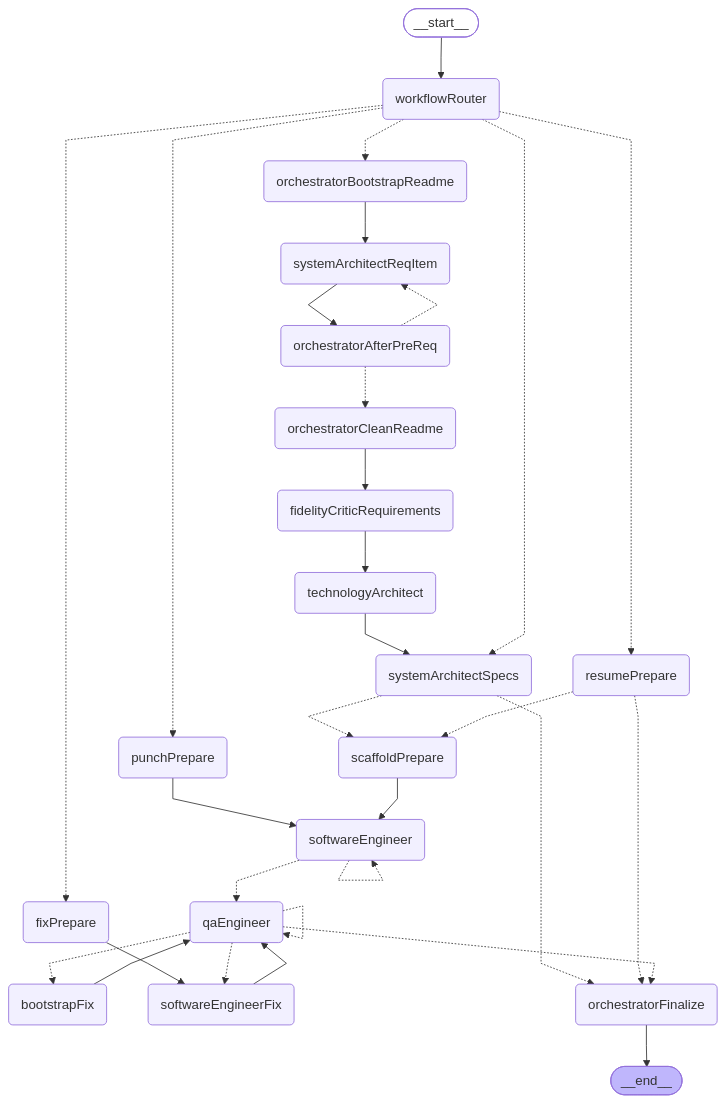
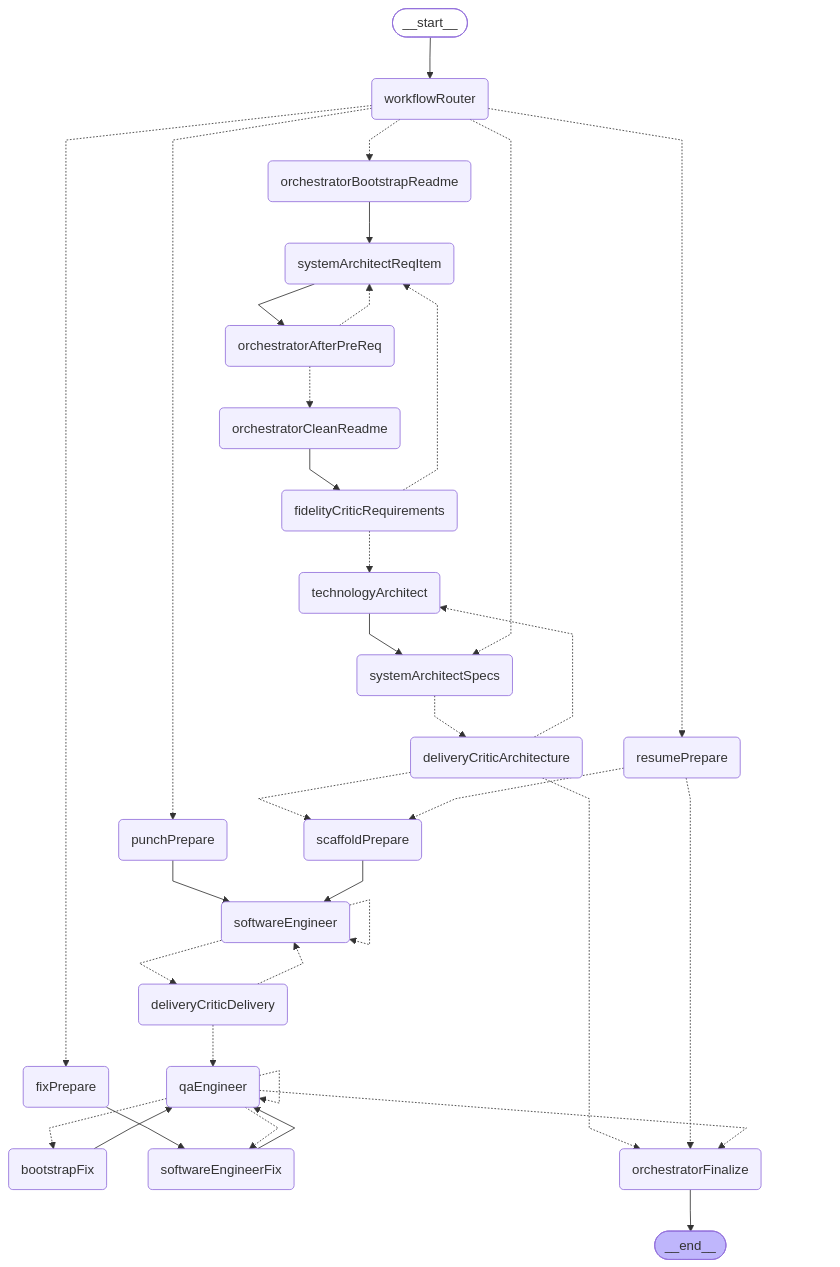
The diagram in .docs/langgraph.mmd (hilderney/dev-team-orchestrator-mcp), drawn with Mermaid before and after one commit. The commit also changed 30 other files, not shown here.

```diff
--- a/.docs/langgraph.mmd
+++ b/.docs/langgraph.mmd
@@ -1,54 +1,61 @@
 %% spec-driven pipeline (workflowRouter → full|docs|feature|punch|fix)
 %%{init: {'flowchart': {'curve': 'linear'}}}%%
 graph TD;
 	__start__([<p>__start__</p>]):::first
 	workflowRouter(workflowRouter)
 	punchPrepare(punchPrepare)
 	fixPrepare(fixPrepare)
 	resumePrepare(resumePrepare)
 	orchestratorBootstrapReadme(orchestratorBootstrapReadme)
 	systemArchitectReqItem(systemArchitectReqItem)
 	orchestratorAfterPreReq(orchestratorAfterPreReq)
 	orchestratorCleanReadme(orchestratorCleanReadme)
 	fidelityCriticRequirements(fidelityCriticRequirements)
 	technologyArchitect(technologyArchitect)
 	systemArchitectSpecs(systemArchitectSpecs)
+	deliveryCriticArchitecture(deliveryCriticArchitecture)
 	scaffoldPrepare(scaffoldPrepare)
 	bootstrapFix(bootstrapFix)
 	softwareEngineer(softwareEngineer)
+	deliveryCriticDelivery(deliveryCriticDelivery)
 	softwareEngineerFix(softwareEngineerFix)
 	qaEngineer(qaEngineer)
 	orchestratorFinalize(orchestratorFinalize)
 	__end__([<p>__end__</p>]):::last
 	__start__ --> workflowRouter;
 	bootstrapFix --> qaEngineer;
-	fidelityCriticRequirements --> technologyArchitect;
 	fixPrepare --> softwareEngineerFix;
 	orchestratorBootstrapReadme --> systemArchitectReqItem;
 	orchestratorCleanReadme --> fidelityCriticRequirements;
 	orchestratorFinalize --> __end__;
 	punchPrepare --> softwareEngineer;
 	scaffoldPrepare --> softwareEngineer;
 	softwareEngineerFix --> qaEngineer;
 	systemArchitectReqItem --> orchestratorAfterPreReq;
 	technologyArchitect --> systemArchitectSpecs;
 	workflowRouter -.-> orchestratorBootstrapReadme;
 	workflowRouter -.-> systemArchitectSpecs;
 	workflowRouter -.-> punchPrepare;
 	workflowRouter -.-> fixPrepare;
 	workflowRouter -.-> resumePrepare;
 	orchestratorAfterPreReq -.-> systemArchitectReqItem;
 	orchestratorAfterPreReq -.-> orchestratorCleanReadme;
-	systemArchitectSpecs -.-> scaffoldPrepare;
-	systemArchitectSpecs -.-> orchestratorFinalize;
+	fidelityCriticRequirements -.-> systemArchitectReqItem;
+	fidelityCriticRequirements -.-> technologyArchitect;
+	systemArchitectSpecs -.-> deliveryCriticArchitecture;
+	deliveryCriticArchitecture -.-> technologyArchitect;
+	deliveryCriticArchitecture -.-> scaffoldPrepare;
+	deliveryCriticArchitecture -.-> orchestratorFinalize;
 	resumePrepare -.-> scaffoldPrepare;
 	resumePrepare -.-> orchestratorFinalize;
-	softwareEngineer -.-> qaEngineer;
+	softwareEngineer -.-> deliveryCriticDelivery;
+	deliveryCriticDelivery -.-> softwareEngineer;
+	deliveryCriticDelivery -.-> qaEngineer;
 	qaEngineer -.-> softwareEngineerFix;
 	qaEngineer -.-> bootstrapFix;
 	qaEngineer -.-> orchestratorFinalize;
 	softwareEngineer -.-> softwareEngineer;
 	qaEngineer -.-> qaEngineer;
 	classDef default fill:#f2f0ff,line-height:1.2;
 	classDef first fill-opacity:0;
 	classDef last fill:#bfb6fc;
```
